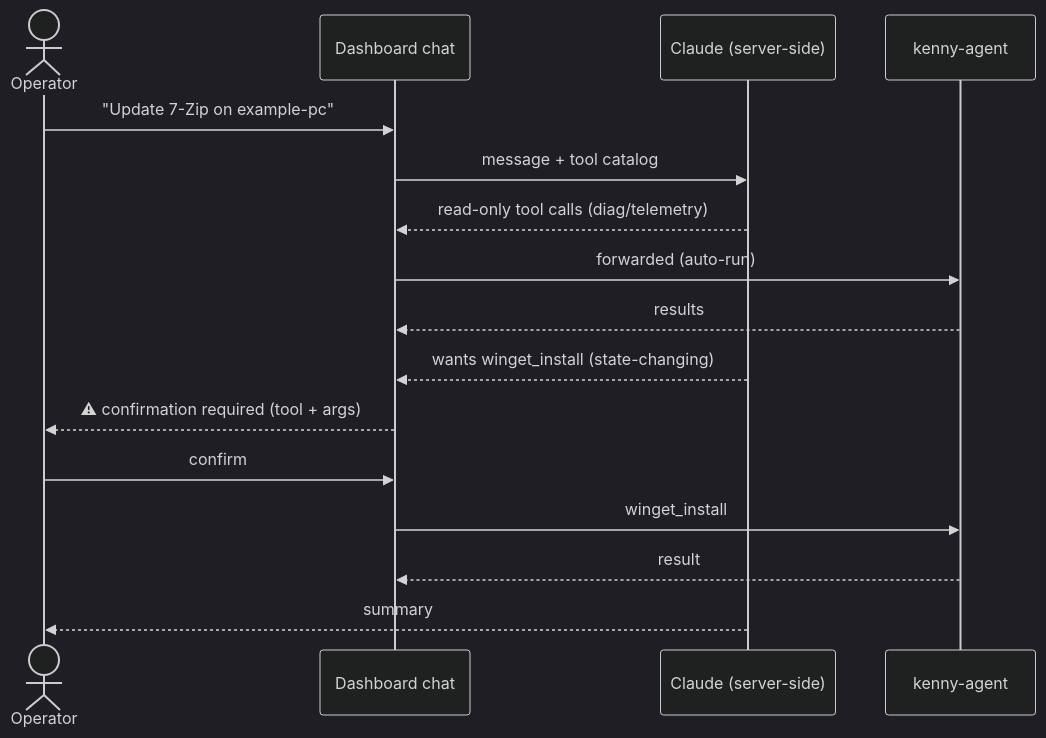
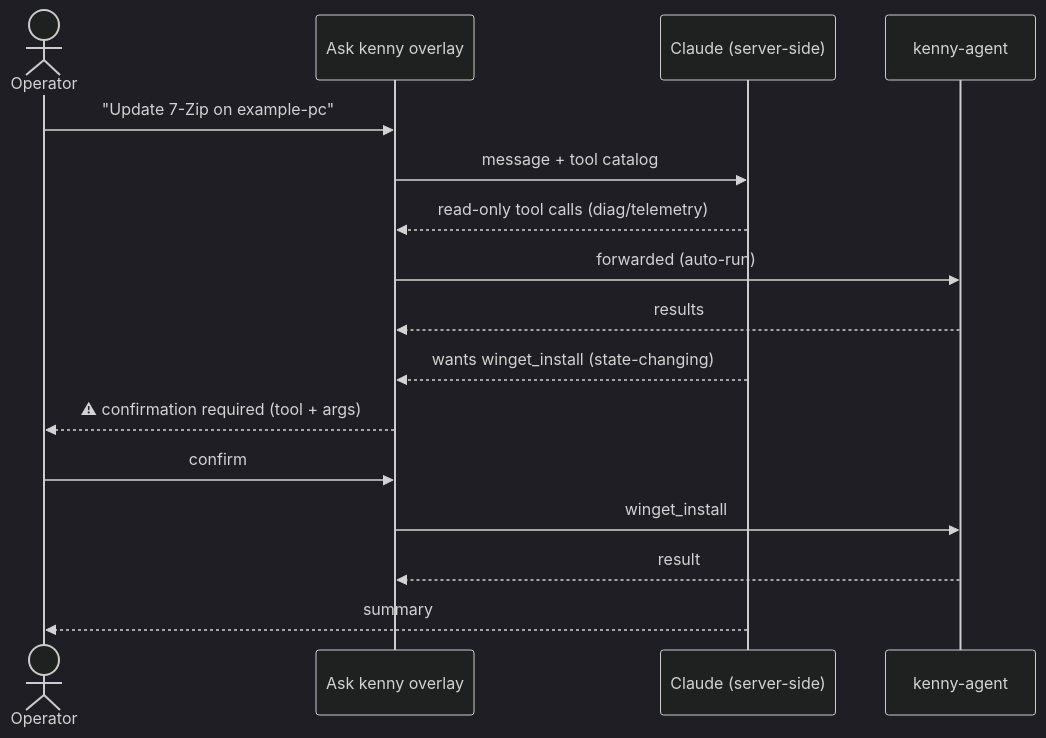
The second of 4 diagrams in docs/user-guide.md (nullthrone/kenny), drawn with Mermaid (dark theme) before and after one commit. The commit also changed other lines of this file and 12 other files, not shown here.

````diff
--- a/docs/user-guide.md
+++ b/docs/user-guide.md
@@ -128,18 +137,18 @@
 ```mermaid
 sequenceDiagram
   actor Op as Operator
-  participant Chat as Dashboard chat
+  participant Chat as Ask kenny overlay
   participant Claude as Claude (server-side)
   participant Agent as kenny-agent
   Op->>Chat: "Update 7-Zip on example-pc"
   Chat->>Claude: message + tool catalog
   Claude-->>Chat: read-only tool calls (diag/telemetry)
   Chat->>Agent: forwarded (auto-run)
   Agent-->>Chat: results
   Claude-->>Chat: wants winget_install (state-changing)
   Chat-->>Op: ⚠ confirmation required (tool + args)
   Op->>Chat: confirm
   Chat->>Agent: winget_install
   Agent-->>Chat: result
   Claude-->>Op: summary
 ```
````
